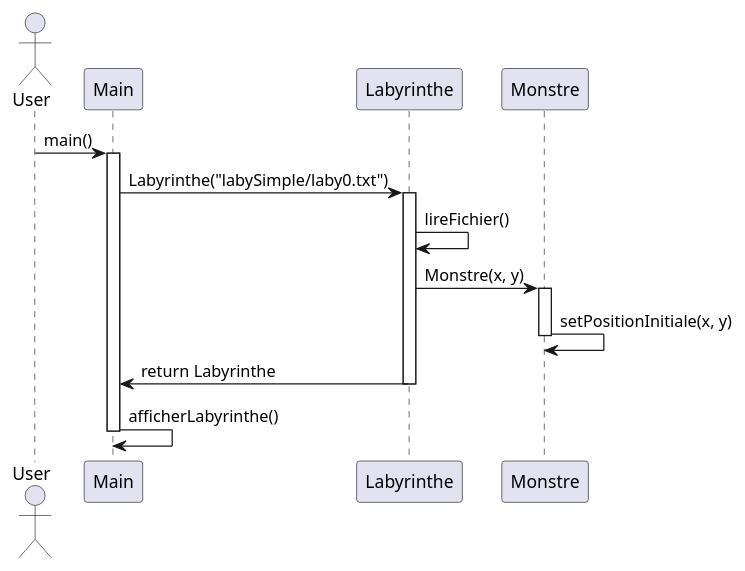
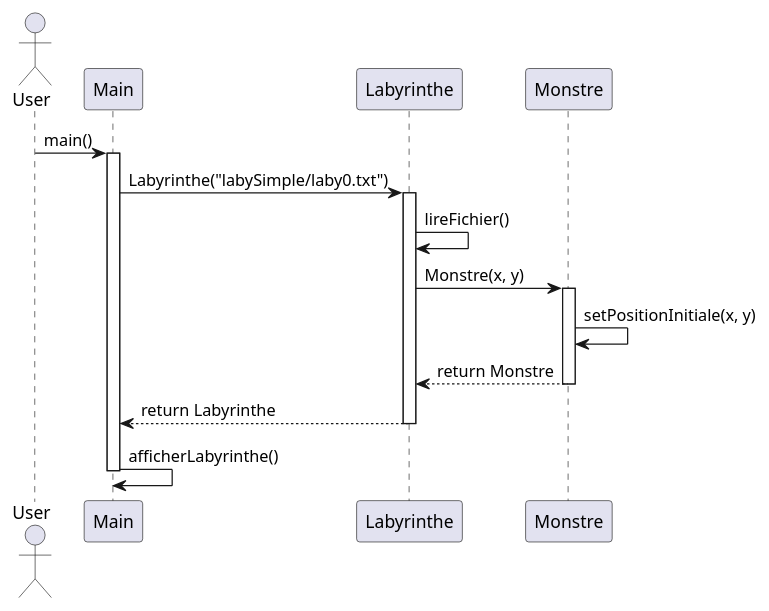
Before and after one commit to LukaSalvo/SAE2024: the diagram in zeldiablo/documents/version_2/diagseq_PosMonstre.puml, drawn with PlantUML. The commit also changed 4 other files, not shown here.

Commit message:
Modification des diagrammes de sequence

```diff
--- a/zeldiablo/documents/version_2/diagseq_PosMonstre.puml
+++ b/zeldiablo/documents/version_2/diagseq_PosMonstre.puml
@@ -1,20 +1,21 @@
 @startuml
 actor User
 participant Main
 participant Labyrinthe
 participant Monstre
 
 User -> Main: main()
 activate Main
 Main -> Labyrinthe: Labyrinthe("labySimple/laby0.txt")
 activate Labyrinthe
 Labyrinthe -> Labyrinthe: lireFichier()
 Labyrinthe -> Monstre: Monstre(x, y)
 activate Monstre
 Monstre -> Monstre: setPositionInitiale(x, y)
+Monstre --> Labyrinthe: return Monstre
 deactivate Monstre
-Labyrinthe -> Main: return Labyrinthe
+Labyrinthe --> Main: return Labyrinthe
 deactivate Labyrinthe
 Main -> Main: afficherLabyrinthe()
 deactivate Main
 @enduml
```
